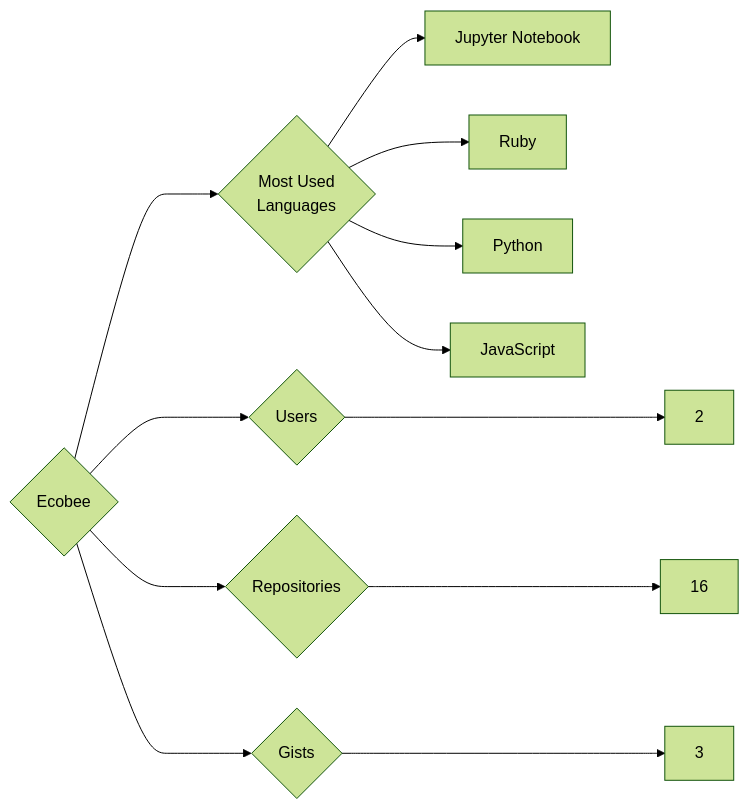
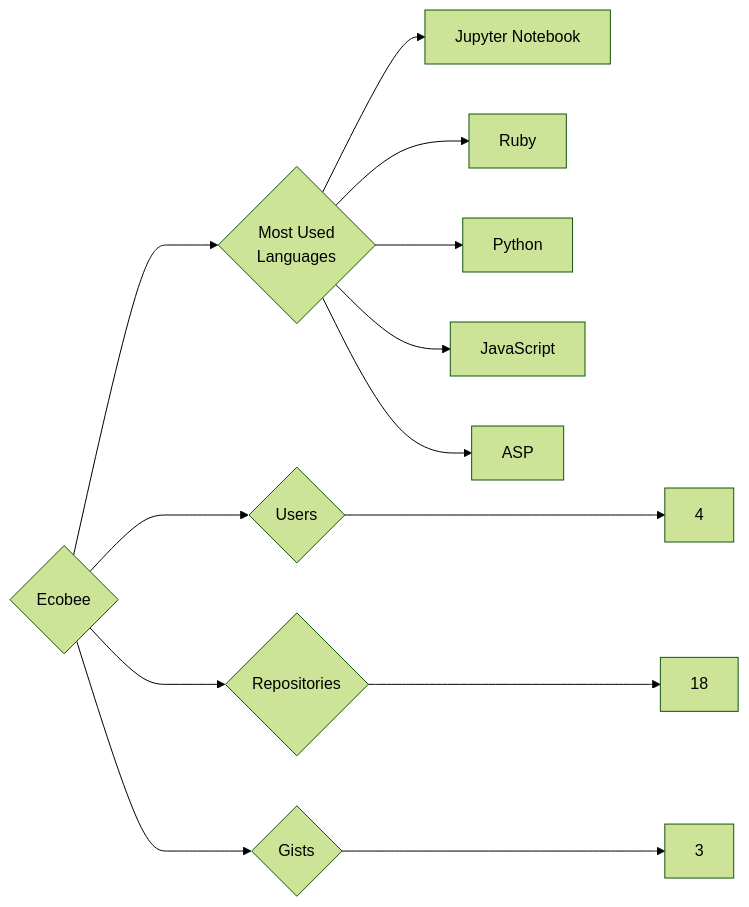
Before and after one commit to trickest/insiders: the diagram in targets/Ecobee/README.md, drawn with Mermaid (forest theme). The commit also changed 1036 other files, not shown here.

````diff
--- a/targets/Ecobee/README.md
+++ b/targets/Ecobee/README.md
@@ -3,12 +3,13 @@
 ```mermaid
 graph LR
 COMPANY_NAME{Ecobee}
-COMPANY_NAME ---> U{Users} ---> UN[2]
-COMPANY_NAME ---> R{Repositories} ---> RN[16]
+COMPANY_NAME ---> U{Users} ---> UN[4]
+COMPANY_NAME ---> R{Repositories} ---> RN[18]
 COMPANY_NAME ---> G{Gists} ---> GN[3]
 COMPANY_NAME ---> ML{Most Used<br>Languages}
 ML --> Jupyter_Notebook[Jupyter Notebook]
 ML --> Ruby[Ruby]
 ML --> Python[Python]
 ML --> JavaScript[JavaScript]
+ML --> ASP[ASP]
 ```
````
